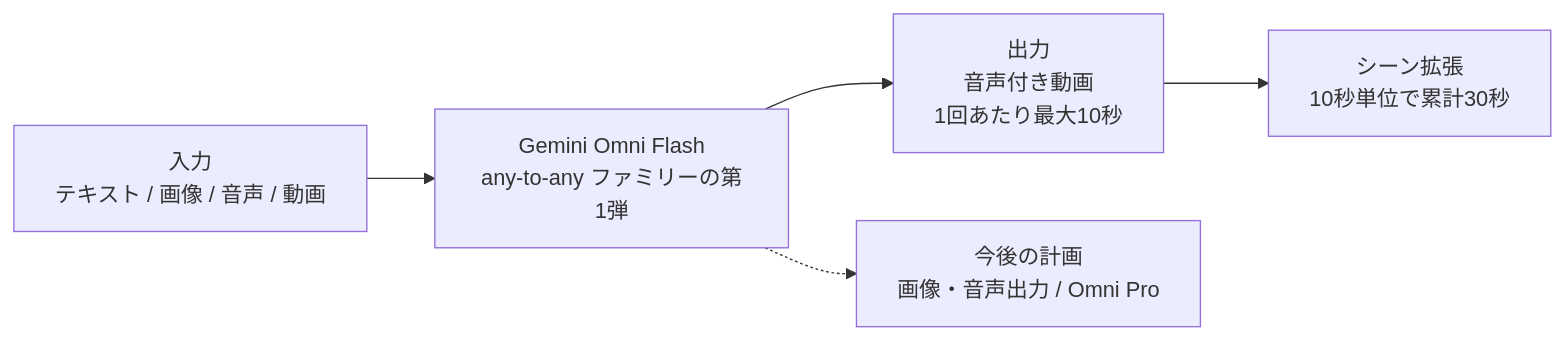
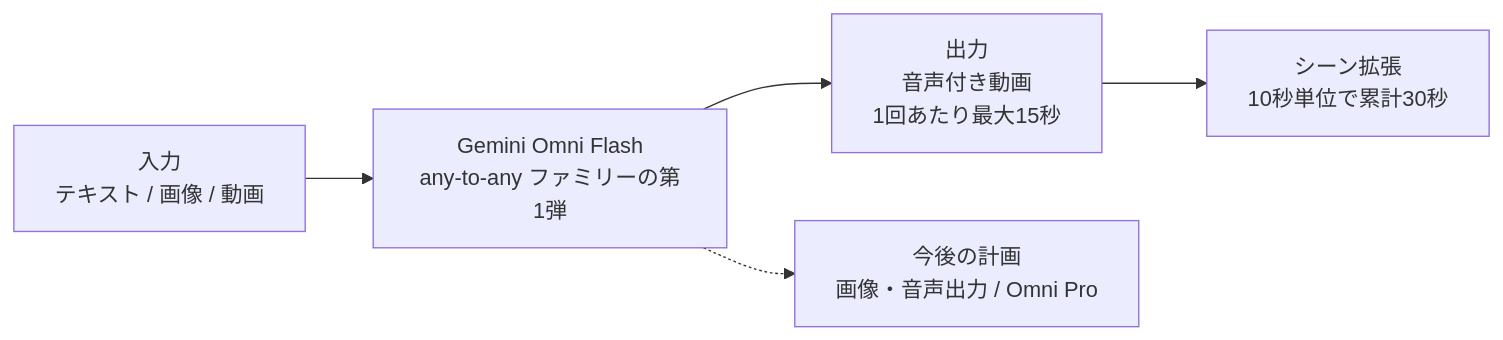
The first of 7 diagrams in Gemini-omni-best-practices-guide.md (myoshi2891/Comparison-of-LLMs), drawn with Mermaid before and after one commit. The commit also changed other lines of this file and 1 other file, not shown here.

Commit message:
docs(gemini): support MAX_TOKENS continuation loop in Argon guide, and validate output_video data and recommend Omni 1.2 in Omni guide

````diff
--- a/Gemini-omni-best-practices-guide.md
+++ b/Gemini-omni-best-practices-guide.md
@@ -58,7 +58,7 @@
 ```mermaid
 flowchart LR
-    A["入力<br/>テキスト / 画像 / 音声 / 動画"] --> B["Gemini Omni Flash<br/>any-to-any ファミリーの第1弾"]
-    B --> C["出力<br/>音声付き動画<br/>1回あたり最大10秒"]
+    A["入力<br/>テキスト / 画像 / 動画"] --> B["Gemini Omni Flash<br/>any-to-any ファミリーの第1弾"]
+    B --> C["出力<br/>音声付き動画<br/>1回あたり最大15秒"]
     C --> D["シーン拡張<br/>10秒単位で累計30秒"]
     B -.-> E["今後の計画<br/>画像・音声出力 / Omni Pro"]
 ```
````
